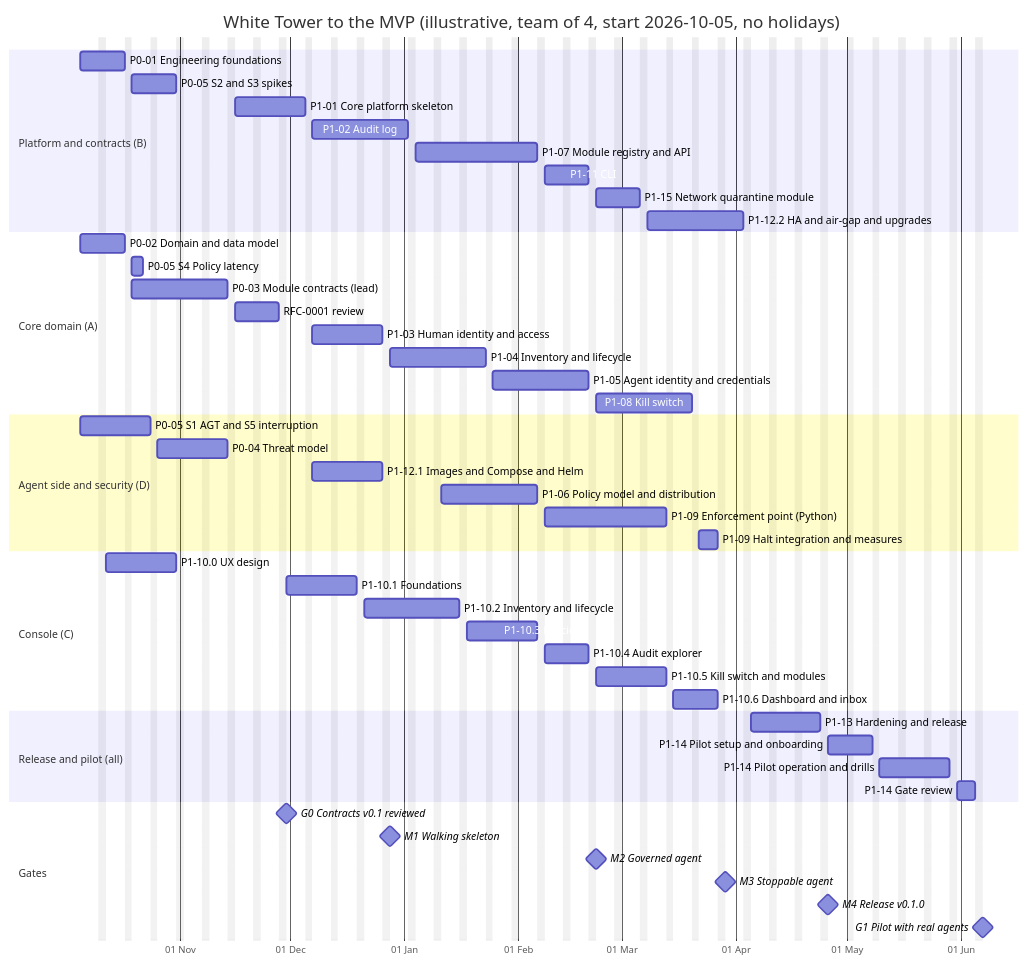
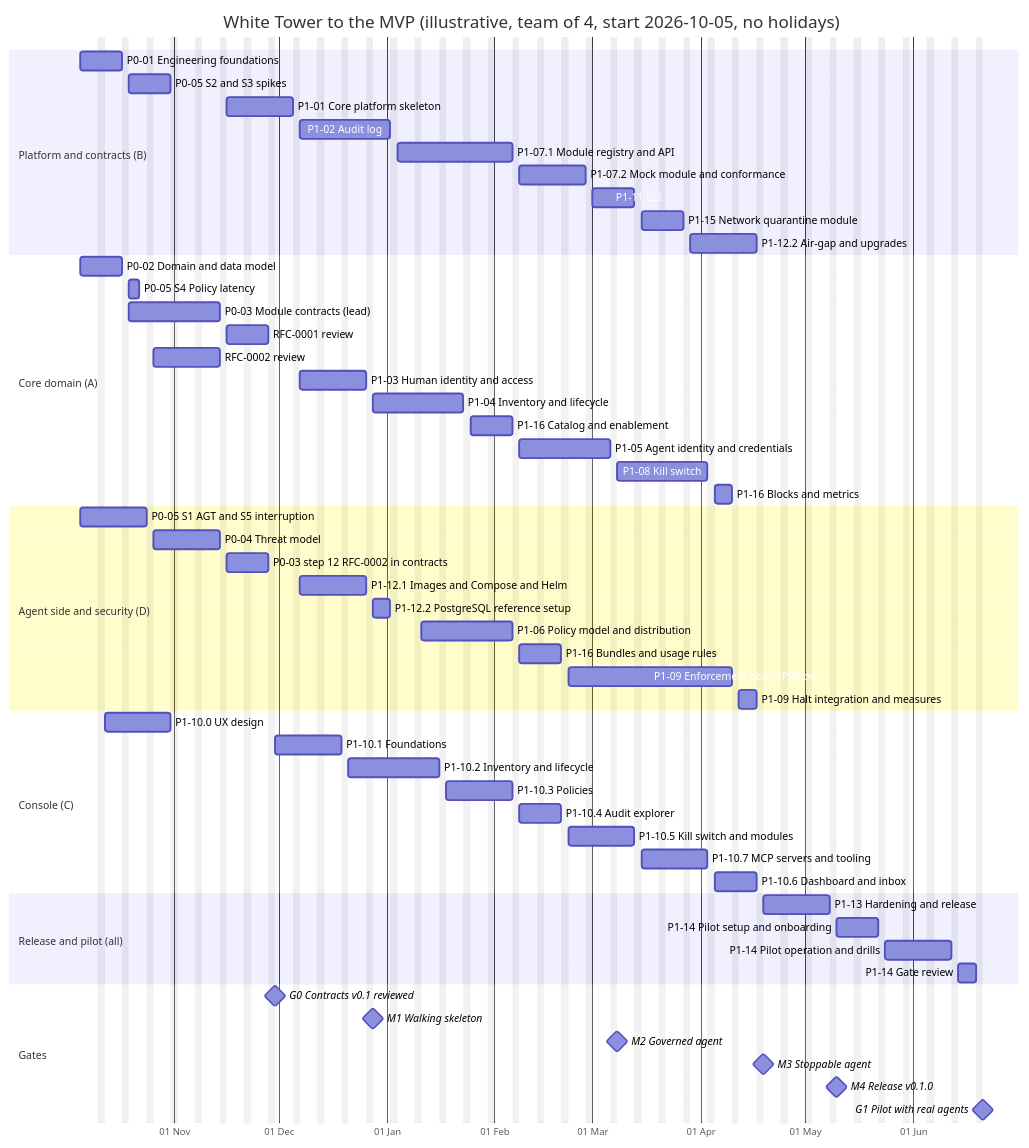
The diagram in docs/roadmap.md (J466Y/WhiteTower), drawn with Mermaid before and after one commit. The commit also changed other lines of this file and 25 other files, not shown here.

First line of the commit message:
docs(P1-16): integrate RFC-0002 into MVP architecture, requirements and roadmap (#45)

````diff
--- a/docs/roadmap.md
+++ b/docs/roadmap.md
@@ -65,59 +66,67 @@
 ```mermaid
 gantt
     title White Tower to the MVP (illustrative, team of 4, start 2026-10-05, no holidays)
     dateFormat YYYY-MM-DD
     axisFormat %d %b
     excludes weekends
     todayMarker off
 
     section Platform and contracts (B)
     P0-01 Engineering foundations        :p001, 2026-10-05, 10d
     P0-05 S2 and S3 spikes               :s23, after p001, 10d
     P1-01 Core platform skeleton         :p101, 2026-11-16, 15d
     P1-02 Audit log                      :p102, after p101, 20d
-    P1-07 Module registry and API        :p107, after p102, 25d
-    P1-11 CLI                            :p111, after p107, 10d
-    P1-15 Network quarantine module      :p115, after p111, 10d
-    P1-12.2 HA and air-gap and upgrades  :p1122, after p115, 20d
+    P1-07.1 Module registry and API      :p1071, after p102, 25d
+    P1-07.2 Mock module and conformance  :p1072, after p1071, 15d
+    P1-11 CLI                            :p111, after p1072, 10d
+    P1-15 Network quarantine module      :p115, after p111 p105, 10d
+    P1-12.2 Air-gap and upgrades         :p1122, after p115, 15d
 
     section Core domain (A)
     P0-02 Domain and data model          :p002, 2026-10-05, 10d
     P0-05 S4 Policy latency              :s4, after p002, 3d
     P0-03 Module contracts (lead)        :p003, after p002, 20d
     RFC-0001 review                      :rfc, after p003, 10d
+    RFC-0002 review                      :rfc2, 2026-10-26, 15d
     P1-03 Human identity and access      :p103, after p101, 15d
     P1-04 Inventory and lifecycle        :p104, after p103, 20d
-    P1-05 Agent identity and credentials :p105, after p104, 20d
-    P1-08 Kill switch                    :p108, after p105 p107, 20d
+    P1-16 Catalog and enablement         :p116a, after p104, 10d
+    P1-05 Agent identity and credentials :p105, after p116a, 20d
+    P1-08 Kill switch                    :p108, after p105 p1072, 20d
+    P1-16 Blocks and metrics             :p116c, after p108 p1072, 5d
 
     section Agent side and security (D)
     P0-05 S1 AGT and S5 interruption     :s1, 2026-10-05, 15d
     P0-04 Threat model                   :p004, after s1, 15d
+    P0-03 step 12 RFC-0002 in contracts  :p0312, after rfc2, 10d
     P1-12.1 Images and Compose and Helm  :p1121, after p101, 15d
+    P1-12.2 PostgreSQL reference setup   :p1122a, after p1121, 5d
     P1-06 Policy model and distribution  :p106, 2027-01-11, 20d
-    P1-09 Enforcement point (Python)     :p109, after p106 p107, 25d
+    P1-16 Bundles and usage rules        :p116b, after p106 p116a p0312, 10d
+    P1-09 Enforcement point (Python)     :p109, after p116b p1071, 35d
     P1-09 Halt integration and measures  :p109b, after p108 p109, 5d
 
     section Console (C)
     P1-10.0 UX design                    :p1100, 2026-10-12, 15d
     P1-10.1 Foundations                  :p1101, 2026-11-30, 15d
     P1-10.2 Inventory and lifecycle      :p1102, after p1101, 20d
     P1-10.3 Policies                     :p1103, after p1102, 15d
     P1-10.4 Audit explorer               :p1104, after p1103, 10d
     P1-10.5 Kill switch and modules      :p1105, after p1104, 15d
-    P1-10.6 Dashboard and inbox          :p1106, after p1105, 10d
+    P1-10.7 MCP servers and tooling      :p1107, after p1105, 15d
+    P1-10.6 Dashboard and inbox          :p1106, after p1107, 10d
 
     section Release and pilot (all)
-    P1-13 Hardening and release          :p113, after p108 p109b p1106 p1122, 15d
+    P1-13 Hardening and release          :p113, after p116c p109b p1106 p1122, 15d
     P1-14 Pilot setup and onboarding     :p114a, after p113, 10d
     P1-14 Pilot operation and drills     :p114b, after p114a, 15d
     P1-14 Gate review                    :p114c, after p114b, 5d
 
     section Gates
-    G0 Contracts v0.1 reviewed           :milestone, g0, after rfc, 0d
+    G0 Contracts v0.1 reviewed           :milestone, g0, after rfc rfc2 p0312, 0d
     M1 Walking skeleton                  :milestone, m1, after p103 p1121, 0d
-    M2 Governed agent                    :milestone, m2, after p105 p106 p107, 0d
-    M3 Stoppable agent                   :milestone, m3, after p109b p115, 0d
+    M2 Governed agent                    :milestone, m2, after p105 p106 p1072 p116a, 0d
+    M3 Stoppable agent                   :milestone, m3, after p109b p115 p116c, 0d
     M4 Release v0.1.0                    :milestone, m4, after p113, 0d
     G1 Pilot with real agents            :milestone, g1, after p114c, 0d
 ```
````
